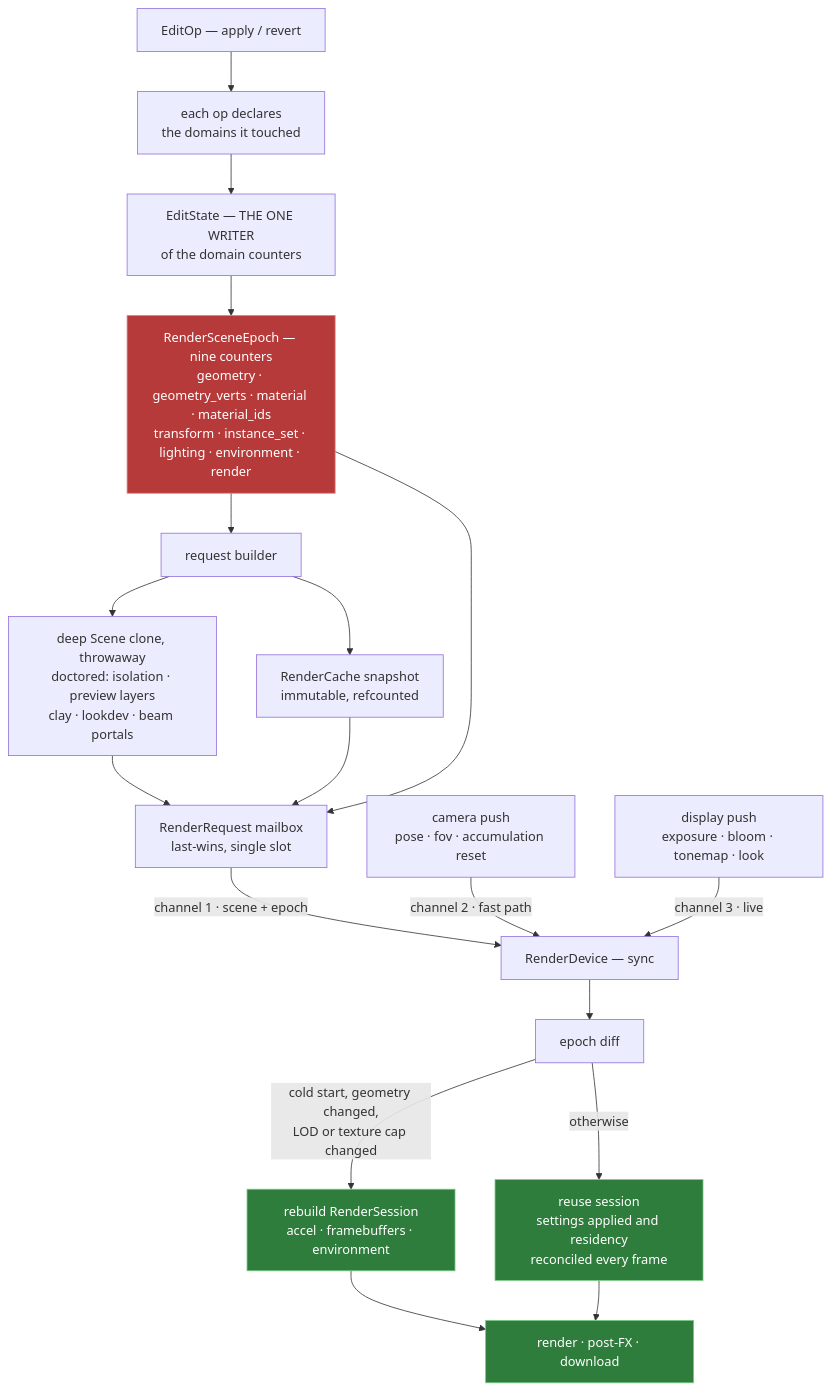
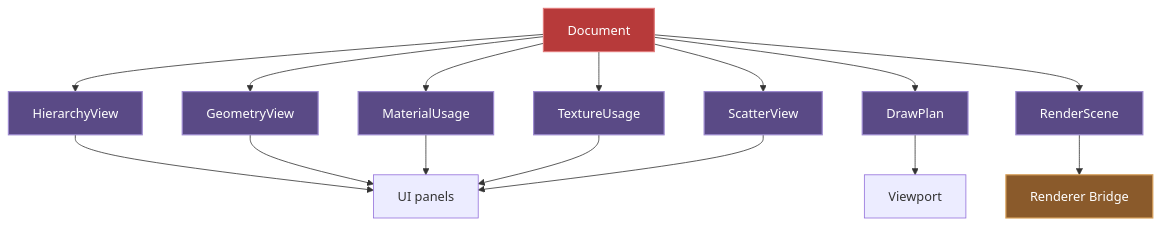
One commit to nicolasgfx/Portfolio changed the fourth of 12 diagrams in README.md. Above: the diagram before and after it, drawn with Mermaid. The commit also changed other lines of this file and 2 other files, not shown here.

````diff
--- a/README.md
+++ b/README.md
@@ -272,28 +349,28 @@
 ```mermaid
 flowchart TD
-  OP["EditOp — apply / revert"] --> DOMAINS["each op declares<br/>the domains it touched"]
-  DOMAINS --> BUMP["EditState — THE ONE WRITER<br/>of the domain counters"]
-  BUMP --> DV["RenderSceneEpoch — nine counters<br/>geometry · geometry_verts · material · material_ids<br/>transform · instance_set · lighting · environment · render"]
+    Document["Document"]
 
-  DV --> BR["request builder"]
-  BR --> CLONE["deep Scene clone, throwaway<br/>doctored: isolation · preview layers<br/>clay · lookdev · beam portals"]
-  BR --> SNAP["RenderCache snapshot<br/>immutable, refcounted"]
-  CLONE --> MAIL
-  SNAP --> MAIL
-  DV --> MAIL["RenderRequest mailbox<br/>last-wins, single slot"]
+    Document --> HierarchyView["HierarchyView"]
+    Document --> GeometryView["GeometryView"]
+    Document --> MaterialUsage["MaterialUsage"]
+    Document --> TextureUsage["TextureUsage"]
+    Document --> ScatterView["ScatterView"]
+    Document --> DrawPlan["DrawPlan"]
+    Document --> RenderScene["RenderScene"]
 
-  MAIL -->|"channel 1 · scene + epoch"| SYNC["RenderDevice — sync"]
-  CAM["camera push<br/>pose · fov · accumulation reset"] -->|"channel 2 · fast path"| SYNC
-  PFX["display push<br/>exposure · bloom · tonemap · look"] -->|"channel 3 · live"| SYNC
+    HierarchyView --> UI["UI panels"]
+    GeometryView --> UI
+    MaterialUsage --> UI
+    TextureUsage --> UI
+    ScatterView --> UI
 
-  SYNC --> DIFF["epoch diff"]
-  DIFF -->|"cold start, geometry changed,<br/>LOD or texture cap changed"| INIT["rebuild RenderSession<br/>accel · framebuffers · environment"]
-  DIFF -->|"otherwise"| REUSE["reuse session<br/>settings applied and residency<br/>reconciled every frame"]
-  INIT --> DRAW["render · post-FX · download"]
-  REUSE --> DRAW
+    DrawPlan --> Viewport["Viewport"]
+    RenderScene --> Bridge["Renderer Bridge"]
 
-  classDef truth fill:#b73a3a,stroke:#e07a7a,color:#fff
-  classDef gpu fill:#2f7d3c,stroke:#7acb85,color:#fff
-  class DV truth
-  class INIT,REUSE,DRAW gpu
+    classDef truth fill:#b73a3a,stroke:#e07a7a,stroke-width:1.5px,color:#fff
+    classDef view fill:#5a4a86,stroke:#9d8ad0,stroke-width:1.5px,color:#fff
+    classDef bridge fill:#8a5a2b,stroke:#d8a05a,stroke-width:1.5px,color:#fff
+    class Document truth
+    class HierarchyView,GeometryView,MaterialUsage,TextureUsage,ScatterView,DrawPlan,RenderScene view
+    class Bridge bridge
 ```
````
